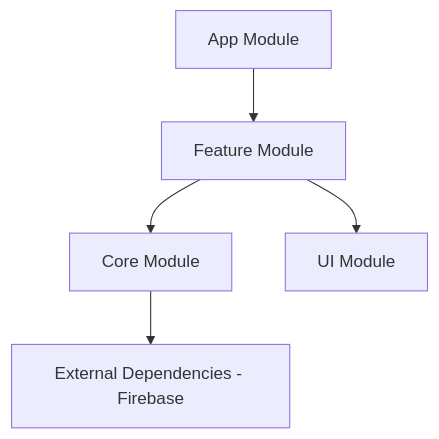
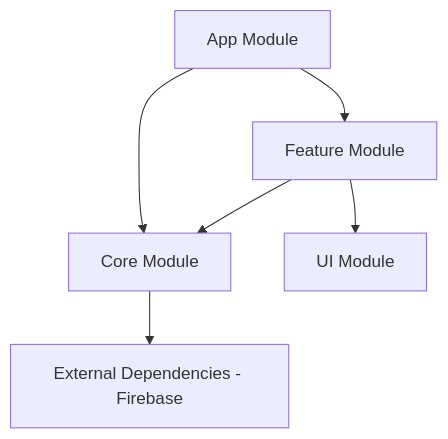
The diagram in README.md (Jip-coon/Jip-coon), drawn with Mermaid before and after one commit. The commit also changed other lines of this file, not shown here.

````diff
--- a/README.md
+++ b/README.md
@@ -60,7 +72,8 @@
 ```mermaid
 graph TD
     App[App Module] --> Feature[Feature Module]
+    App --> Core[Core Module]
     Feature --> Core[Core Module]
     Feature --> UI[UI Module]
     Core --> External[External Dependencies - Firebase]
 ```
````
